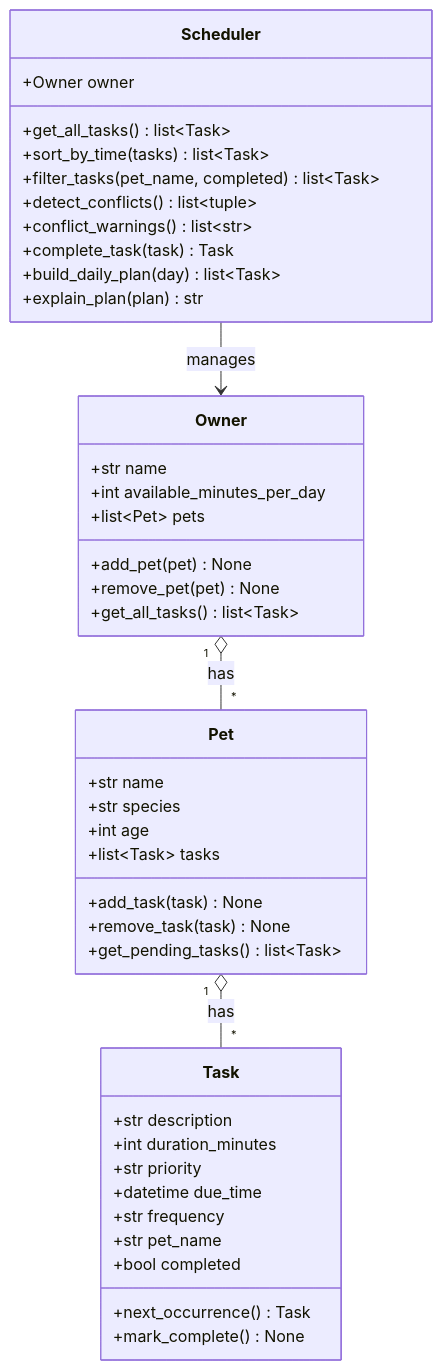
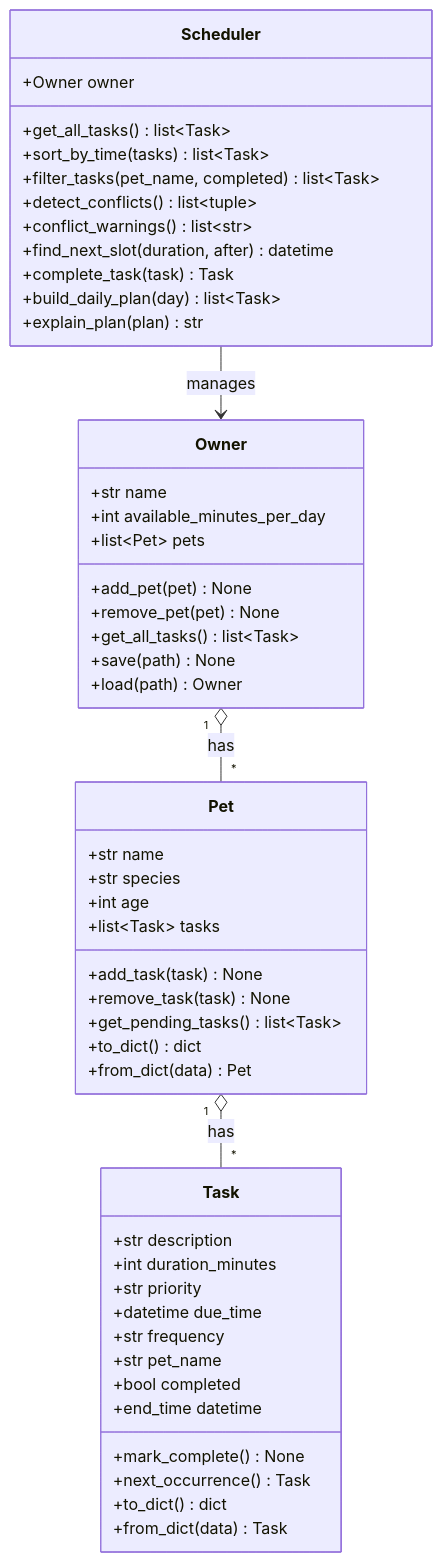
The diagram in diagrams/uml_final.mmd (Bhagyashree-Vaidya/ai110-module2show-pawpal-starter), drawn with Mermaid before and after one commit. The commit also changed 12 other files, not shown here.

Commit message:
feat: add next-slot search, JSON persistence, formatted output, UI fixes, screenshots, docs

```diff
--- a/diagrams/uml_final.mmd
+++ b/diagrams/uml_final.mmd
@@ -1,47 +1,55 @@
 classDiagram
     class Owner {
         +str name
         +int available_minutes_per_day
         +list~Pet~ pets
         +add_pet(pet) None
         +remove_pet(pet) None
         +get_all_tasks() list~Task~
+        +save(path) None
+        +load(path) Owner
     }
 
     class Pet {
         +str name
         +str species
         +int age
         +list~Task~ tasks
         +add_task(task) None
         +remove_task(task) None
         +get_pending_tasks() list~Task~
+        +to_dict() dict
+        +from_dict(data) Pet
     }
 
     class Task {
         +str description
         +int duration_minutes
         +str priority
         +datetime due_time
         +str frequency
         +str pet_name
+        +bool completed
+        +end_time datetime
+        +mark_complete() None
         +next_occurrence() Task
-        +bool completed
-        +mark_complete() None
+        +to_dict() dict
+        +from_dict(data) Task
     }
 
     class Scheduler {
         +Owner owner
         +get_all_tasks() list~Task~
         +sort_by_time(tasks) list~Task~
         +filter_tasks(pet_name, completed) list~Task~
         +detect_conflicts() list~tuple~
         +conflict_warnings() list~str~
+        +find_next_slot(duration, after) datetime
         +complete_task(task) Task
         +build_daily_plan(day) list~Task~
         +explain_plan(plan) str
     }
 
     Owner "1" o-- "*" Pet : has
     Pet "1" o-- "*" Task : has
     Scheduler --> Owner : manages
```
